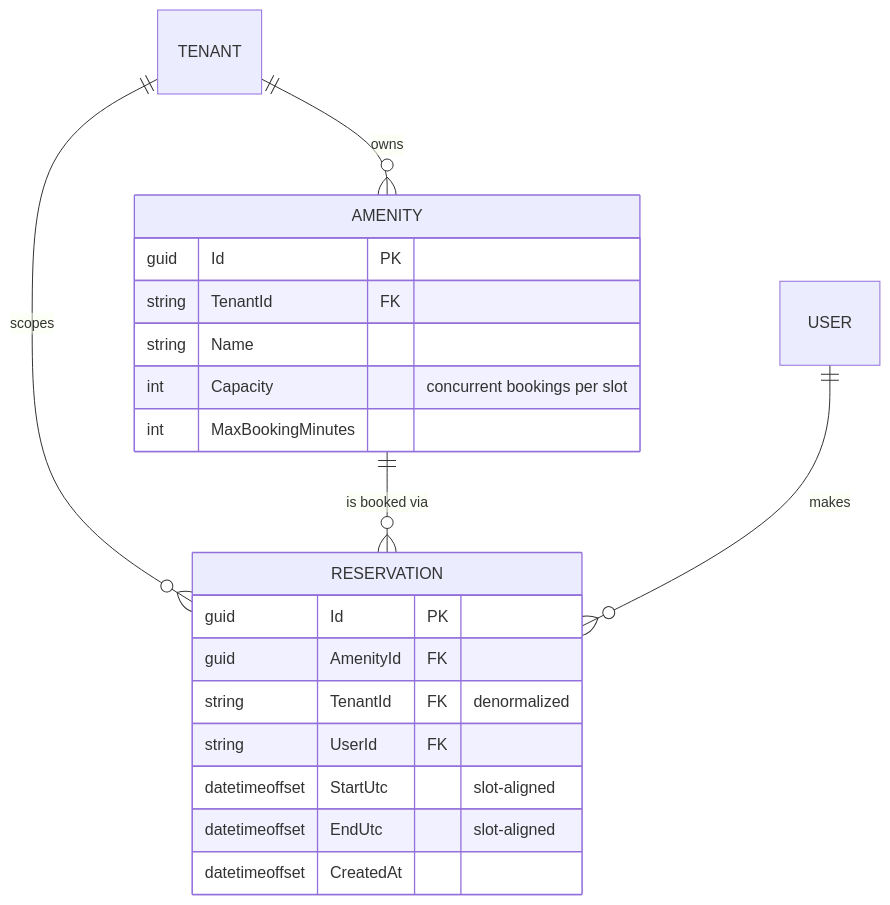
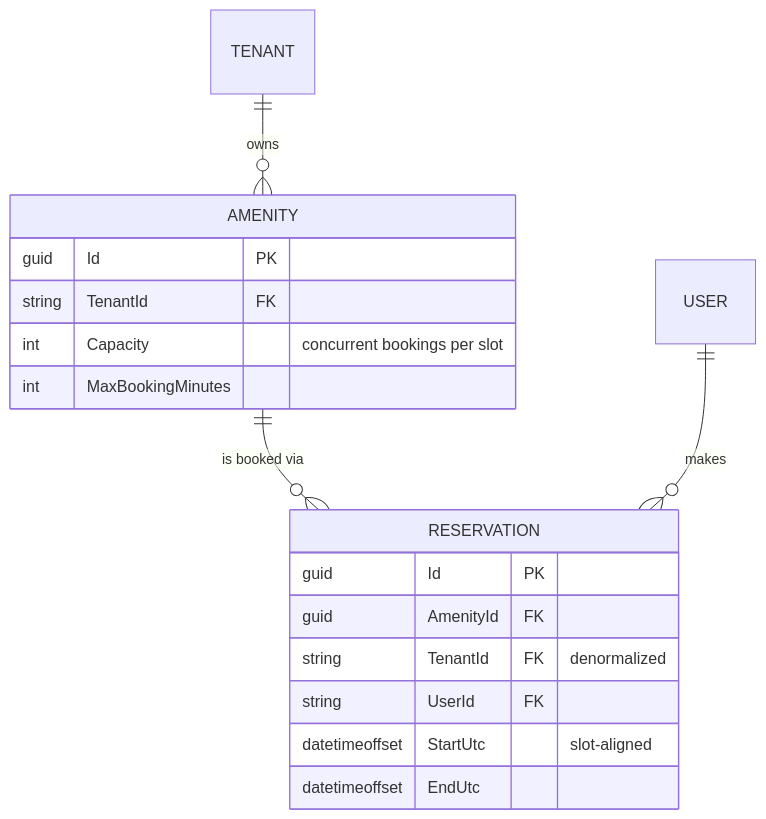
The diagram in docs/DESIGN.md (blwallace/cc-interview), drawn with Mermaid before and after one commit. The commit also changed other lines of this file, not shown here.

````diff
--- a/docs/DESIGN.md
+++ b/docs/DESIGN.md
@@ -45,24 +40,21 @@
 ```mermaid
 erDiagram
     TENANT ||--o{ AMENITY : owns
-    TENANT ||--o{ RESERVATION : scopes
     AMENITY ||--o{ RESERVATION : "is booked via"
-    USER    ||--o{ RESERVATION : makes
+    USER ||--o{ RESERVATION : makes
 
     AMENITY {
         guid   Id PK
         string TenantId FK
-        string Name
         int    Capacity "concurrent bookings per slot"
         int    MaxBookingMinutes
     }
     RESERVATION {
         guid           Id PK
         guid           AmenityId FK
         string         TenantId FK "denormalized"
         string         UserId FK
         datetimeoffset StartUtc "slot-aligned"
-        datetimeoffset EndUtc "slot-aligned"
-        datetimeoffset CreatedAt
+        datetimeoffset EndUtc
     }
 ```
````
